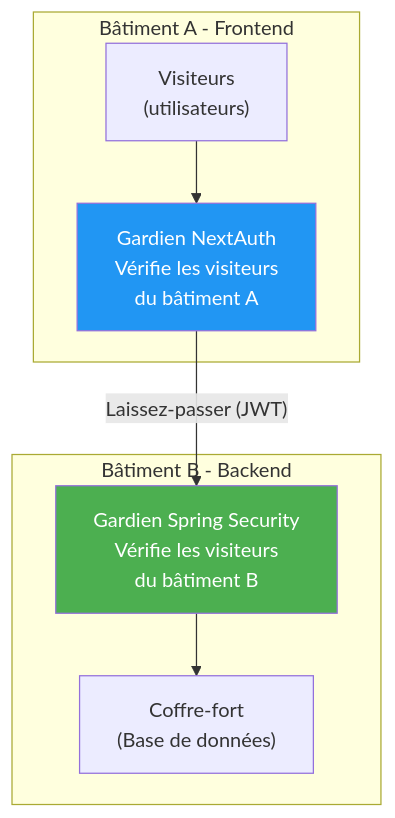
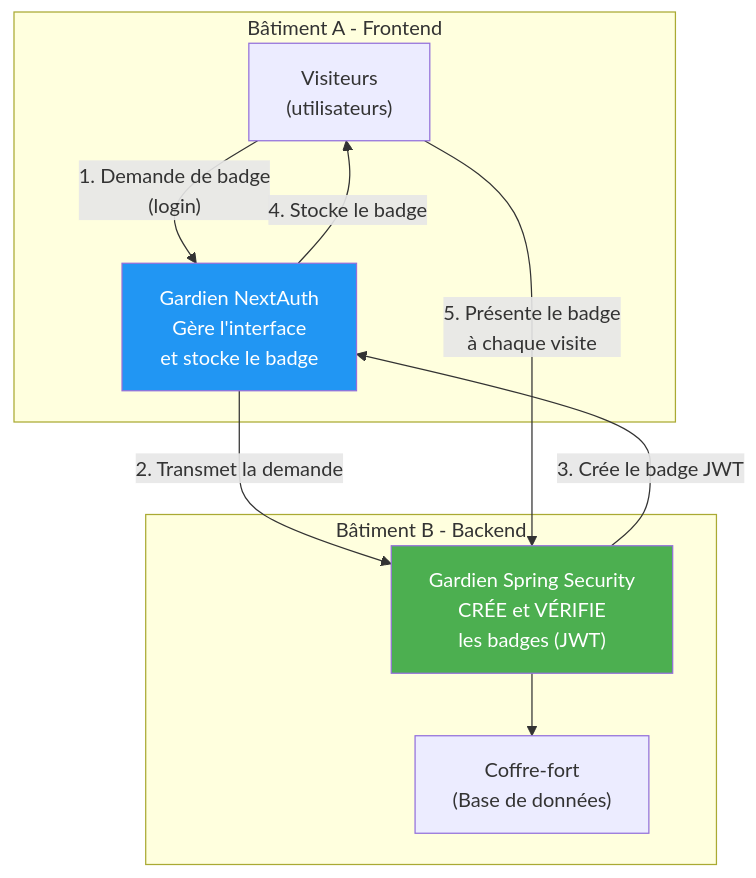
The first of 12 diagrams in cours/23-spring-security-faq.md (hrhouma1/inskillflow-docs-formation-spring-boot-projet-e-contact-backend), drawn with Mermaid before and after one commit. The commit also changed other lines of this file, not shown here.

Commit message:
Correction chapitre 23: le BACKEND genere le JWT, pas le frontend - flux corrige

````diff
--- a/cours/23-spring-security-faq.md
+++ b/cours/23-spring-security-faq.md
@@ -19,19 +19,22 @@
 ```mermaid
 graph TB
     subgraph "Bâtiment A - Frontend"
-        GUARD_A["Gardien NextAuth<br/>Vérifie les visiteurs<br/>du bâtiment A"]
         VISITORS["Visiteurs<br/>(utilisateurs)"]
+        GUARD_A["Gardien NextAuth<br/>Gère l'interface<br/>et stocke le badge"]
     end
     
     subgraph "Bâtiment B - Backend"
-        GUARD_B["Gardien Spring Security<br/>Vérifie les visiteurs<br/>du bâtiment B"]
+        GUARD_B["Gardien Spring Security<br/>CRÉE et VÉRIFIE<br/>les badges (JWT)"]
         COFFRE["Coffre-fort<br/>(Base de données)"]
     end
     
-    VISITORS --> GUARD_A
-    GUARD_A -->|"Laissez-passer (JWT)"| GUARD_B
+    VISITORS -->|"1. Demande de badge<br/>(login)"| GUARD_A
+    GUARD_A -->|"2. Transmet la demande"| GUARD_B
+    GUARD_B -->|"3. Crée le badge JWT"| GUARD_A
+    GUARD_A -->|"4. Stocke le badge"| VISITORS
+    VISITORS -->|"5. Présente le badge<br/>à chaque visite"| GUARD_B
     GUARD_B --> COFFRE
     
     style GUARD_A fill:#2196F3,color:#fff
     style GUARD_B fill:#4CAF50,color:#fff
 ```
````
